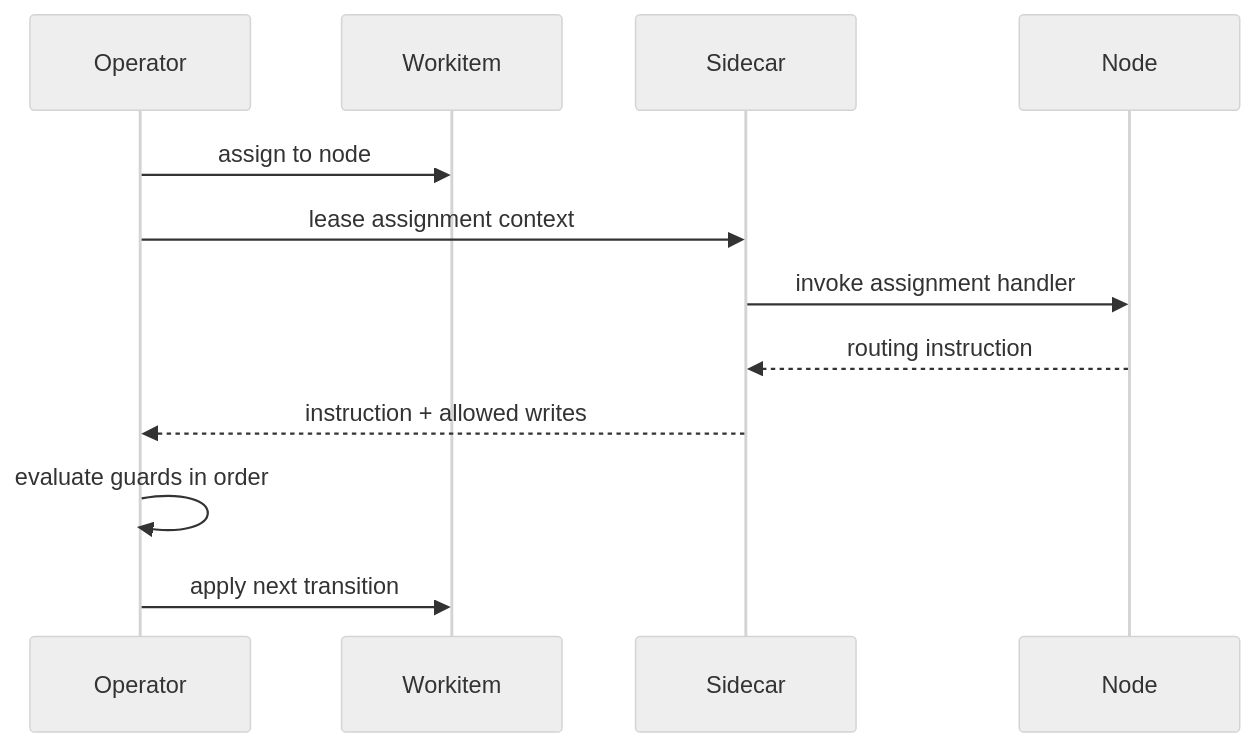
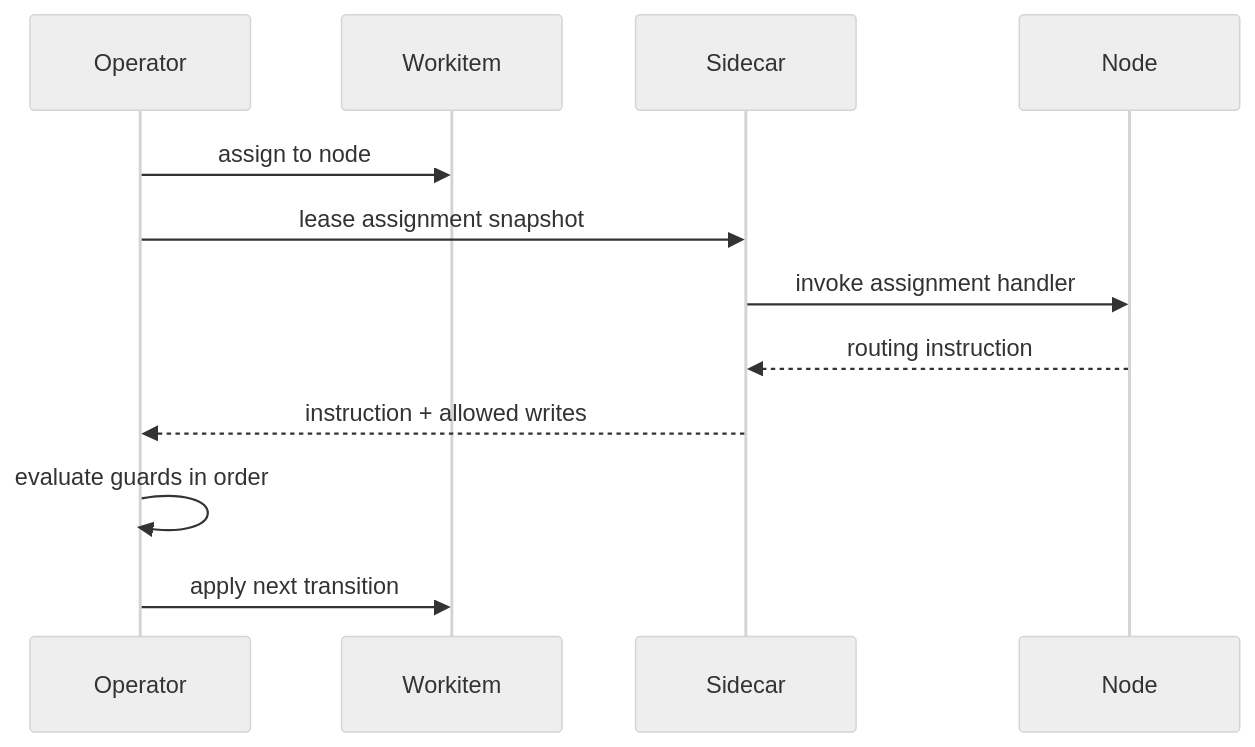
Before and after one commit to really-knows-ai/gideas: the second of 3 diagrams in 02-flow/01-operator.md, drawn with Mermaid (neutral theme). The commit also changed other lines of this file and 11 other files, not shown here.

````diff
--- a/02-flow/01-operator.md
+++ b/02-flow/01-operator.md
@@ -83,15 +99,15 @@
 ```mermaid
 sequenceDiagram
     participant OP as Operator
     participant WI as Workitem
     participant SC as Sidecar
     participant ND as Node
 
     OP->>WI: assign to node
-    OP->>SC: lease assignment context
+    OP->>SC: lease assignment snapshot
     SC->>ND: invoke assignment handler
     ND-->>SC: routing instruction
     SC-->>OP: instruction + allowed writes
     OP->>OP: evaluate guards in order
     OP->>WI: apply next transition
 ```
````
